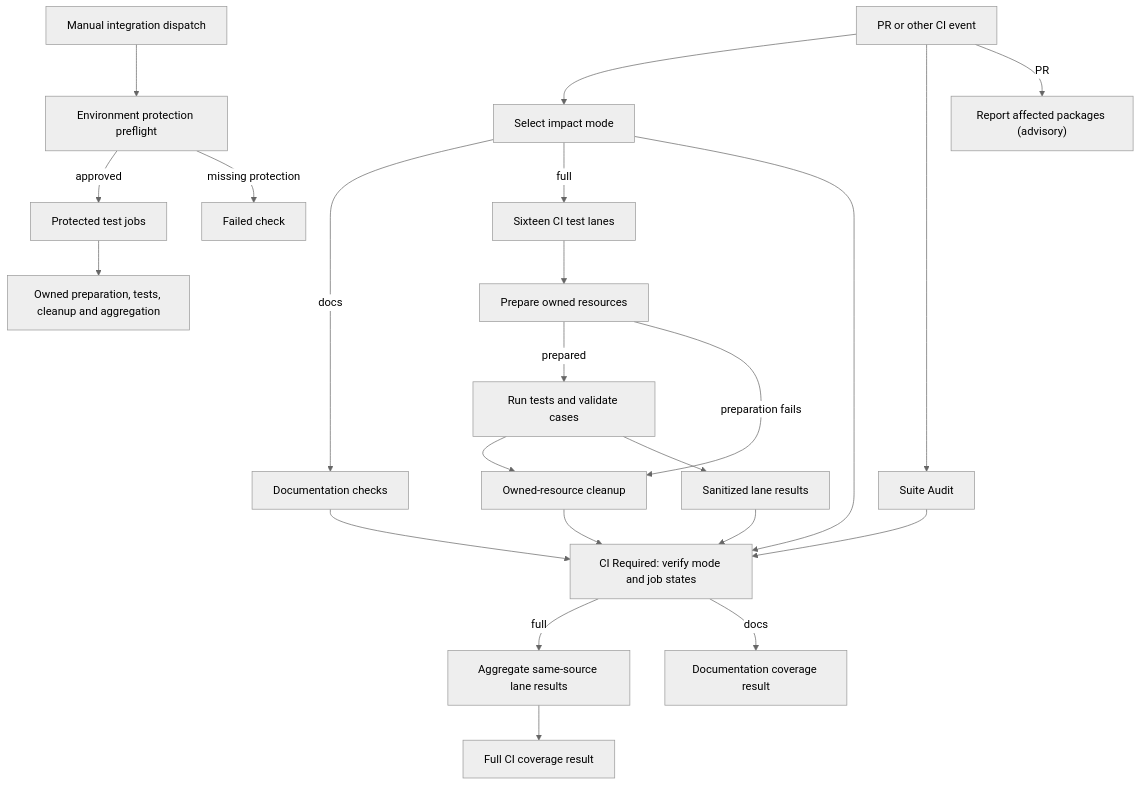
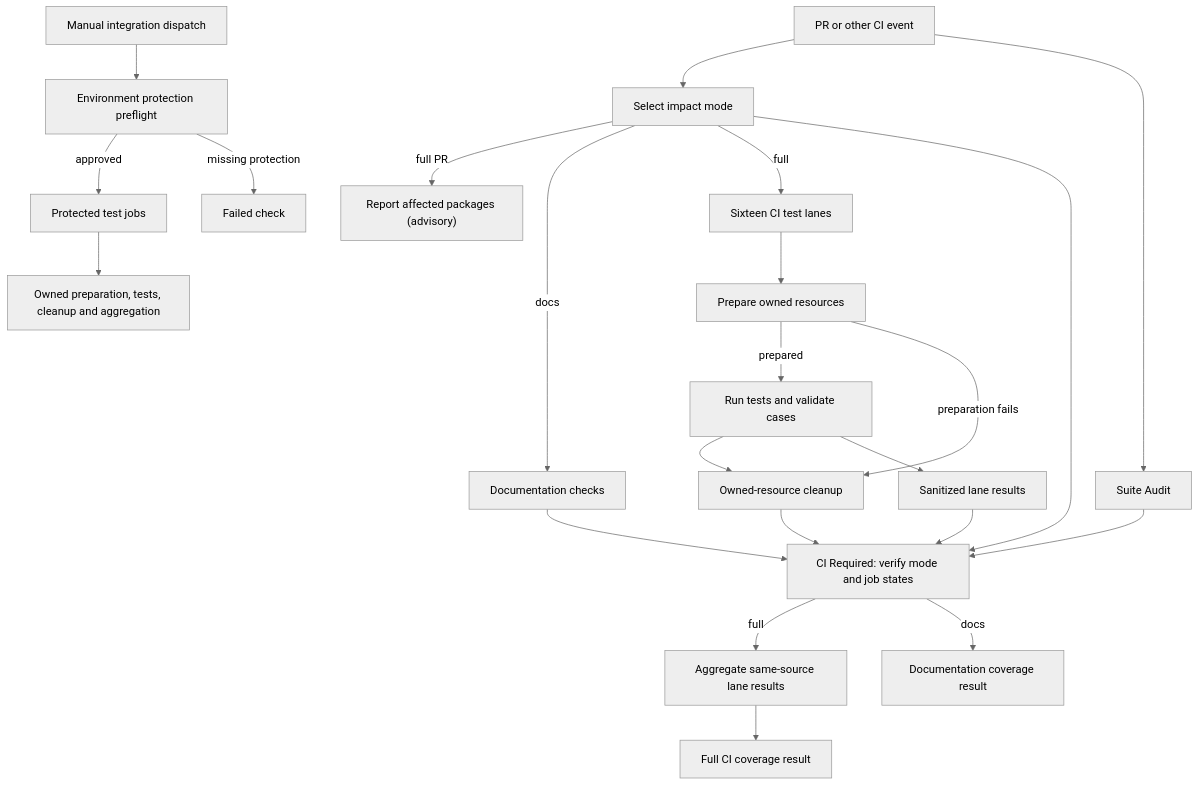
The diagram in docs/flows/github-actions-testing.md (IsaiahStapleton/openclaw-enterprise), drawn with Mermaid (neutral theme) before and after one commit. The commit also changed other lines of this file and 3 other files, not shown here.

````diff
--- a/docs/flows/github-actions-testing.md
+++ b/docs/flows/github-actions-testing.md
@@ -21,25 +21,25 @@
 ```mermaid
 graph TD
   A["PR or other CI event"] --> S["Select impact mode"]
   A --> N["Suite Audit"]
-  A -->|PR| Q["Report affected packages (advisory)"]
+  S -->|full PR| Q["Report affected packages (advisory)"]
   S -->|docs| D["Documentation checks"]
   S -->|full| B["Sixteen CI test lanes"]
   B --> F["Prepare owned resources"]
   F -->|prepared| H["Run tests and validate cases"]
   F -->|preparation fails| J["Owned-resource cleanup"]
   H --> J
   H --> K["Sanitized lane results"]
   J --> G["CI Required: verify mode and job states"]
   S --> G
   N --> G
   D --> G
   K --> G
   G -->|full| L["Aggregate same-source lane results"]
   G -->|docs| M["Documentation coverage result"]
   L --> R["Full CI coverage result"]
   C["Manual integration dispatch"] --> P["Environment protection preflight"]
   P -->|approved| E["Protected test jobs"]
   P -->|missing protection| X["Failed check"]
   E --> T["Owned preparation, tests, cleanup and aggregation"]
 ```
````
